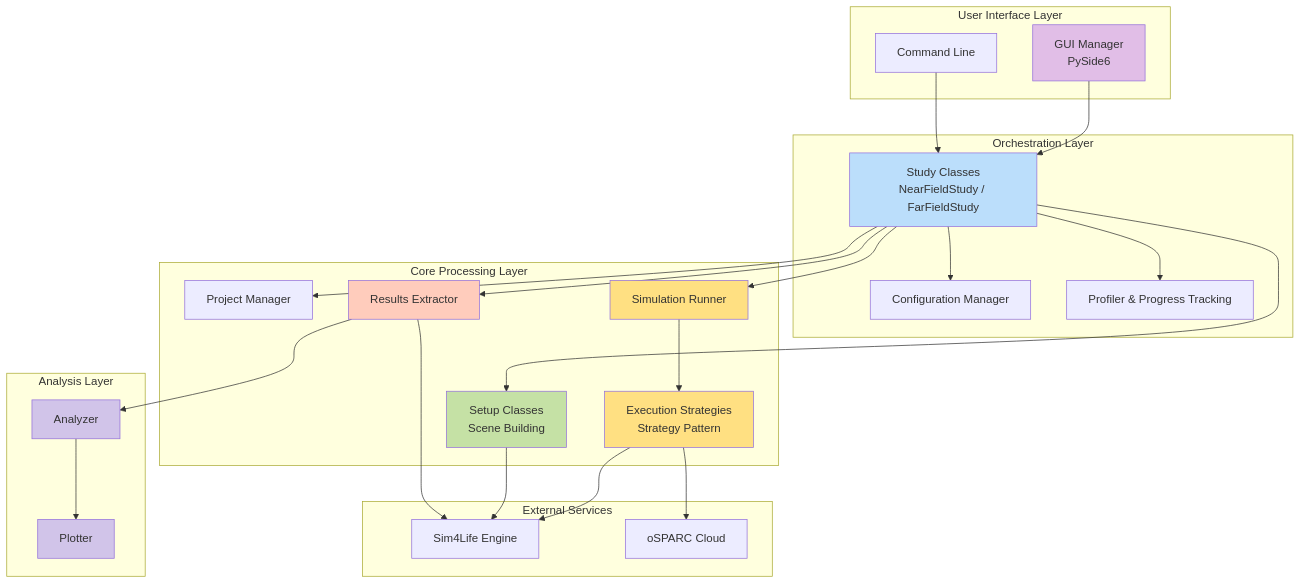
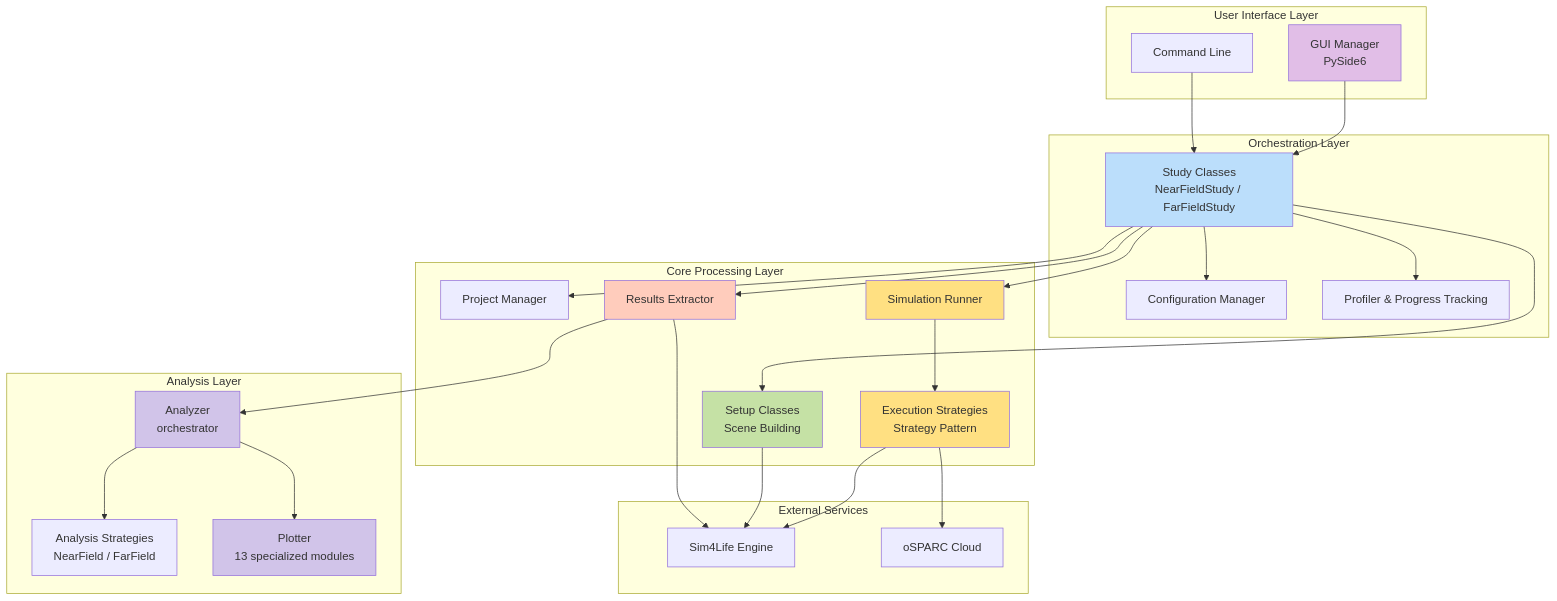
The first of 2 diagrams in docs/developer_guide/technical_guide.md (rwydaegh/goliat), drawn with Mermaid before and after one commit. The commit also changed other lines of this file and 42 other files, not shown here.

````diff
--- a/docs/developer_guide/technical_guide.md
+++ b/docs/developer_guide/technical_guide.md
@@ -13,56 +13,58 @@
 ```mermaid
 graph TB
     subgraph "User Interface Layer"
         GUI[GUI Manager<br/>PySide6]
         CLI[Command Line]
     end
     
     subgraph "Orchestration Layer"
         Study[Study Classes<br/>NearFieldStudy / FarFieldStudy]
         Config[Configuration Manager]
         Profiler[Profiler & Progress Tracking]
     end
     
     subgraph "Core Processing Layer"
         PM[Project Manager]
         Setup[Setup Classes<br/>Scene Building]
         Runner[Simulation Runner]
         Strategies[Execution Strategies<br/>Strategy Pattern]
         Extractor[Results Extractor]
     end
 
     subgraph "Analysis Layer"
-        Analyzer[Analyzer]
-        Plotter[Plotter]
+        Analyzer[Analyzer<br/>orchestrator]
+        Strategy[Analysis Strategies<br/>NearField / FarField]
+        Plotter[Plotter<br/>13 specialized modules]
     end
     
     subgraph "External Services"
         S4L[Sim4Life Engine]
         oSPARC[oSPARC Cloud]
     end
     
     GUI --> Study
     CLI --> Study
     Study --> Config
     Study --> Profiler
     Study --> PM
     Study --> Setup
     Study --> Runner
     Study --> Extractor
     Runner --> Strategies
     Extractor --> Analyzer
+    Analyzer --> Strategy
     Analyzer --> Plotter
     Strategies --> S4L
     Strategies --> oSPARC
     Setup --> S4L
     Extractor --> S4L
     
     style GUI fill:#E1BEE7
     style Study fill:#BBDEFB
     style Setup fill:#C5E1A5
     style Runner fill:#FFE082
     style Strategies fill:#FFE082
     style Extractor fill:#FFCCBC
     style Analyzer fill:#D1C4E9
     style Plotter fill:#D1C4E9
 ```
````
